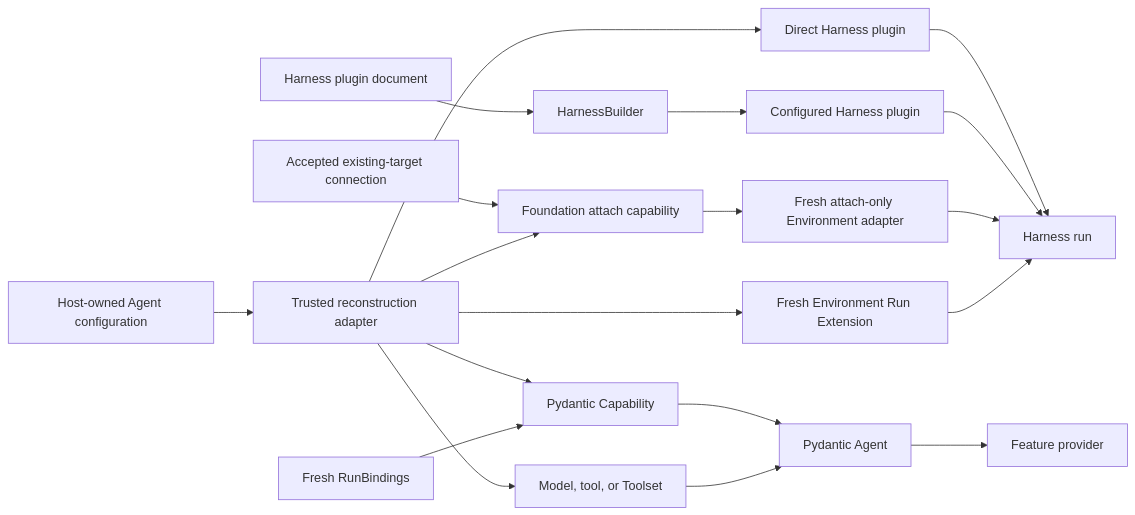
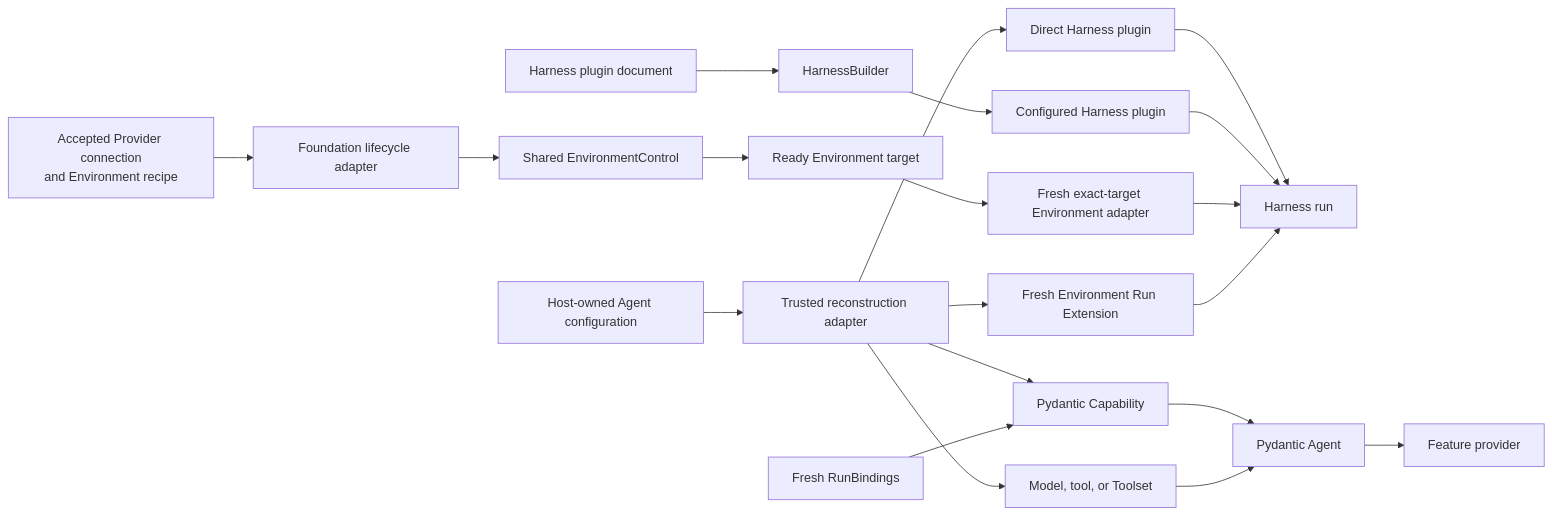
The third of 4 diagrams in spec/README.md (LTThreeComma/agent-foundation), drawn with Mermaid before and after one commit. The commit also changed other lines of this file and 37 other files, not shown here.

Commit message:
Update repository architecture and development tooling

````diff
--- a/spec/README.md
+++ b/spec/README.md
@@ -267,18 +267,19 @@
 ```mermaid
 flowchart LR
     HostConfig[Host-owned Agent configuration] --> Adapter[Trusted reconstruction adapter]
     Adapter --> DirectPlugin[Direct Harness plugin]
     PluginConfig[Harness plugin document] --> Builder[HarnessBuilder]
     Builder --> ConfiguredPlugin[Configured Harness plugin]
     Adapter --> Capability[Pydantic Capability]
     Adapter --> Native[Model, tool, or Toolset]
     RunAuthority[Fresh RunBindings] --> Capability
-    Connection[Accepted existing-target connection] --> EnvAttach[Foundation attach capability]
-    Adapter --> EnvAttach
-    EnvAttach --> Environment[Fresh attach-only Environment adapter]
+    Connection[Accepted Provider connection<br/>and Environment recipe] --> LifecycleAdapter[Foundation lifecycle adapter]
+    LifecycleAdapter --> EnvControl[Shared EnvironmentControl]
+    EnvControl --> Target[Ready Environment target]
+    Target --> Environment[Fresh exact-target Environment adapter]
     Adapter --> RunExtension[Fresh Environment Run Extension]
     DirectPlugin & ConfiguredPlugin --> Harness[Harness run]
     Capability & Native --> Agent[Pydantic Agent]
     Environment & RunExtension --> Harness
     Agent --> Provider[Feature provider]
 ```
````
